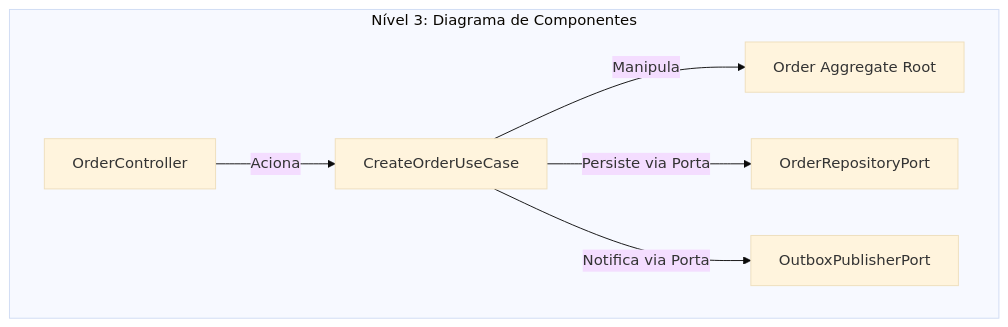
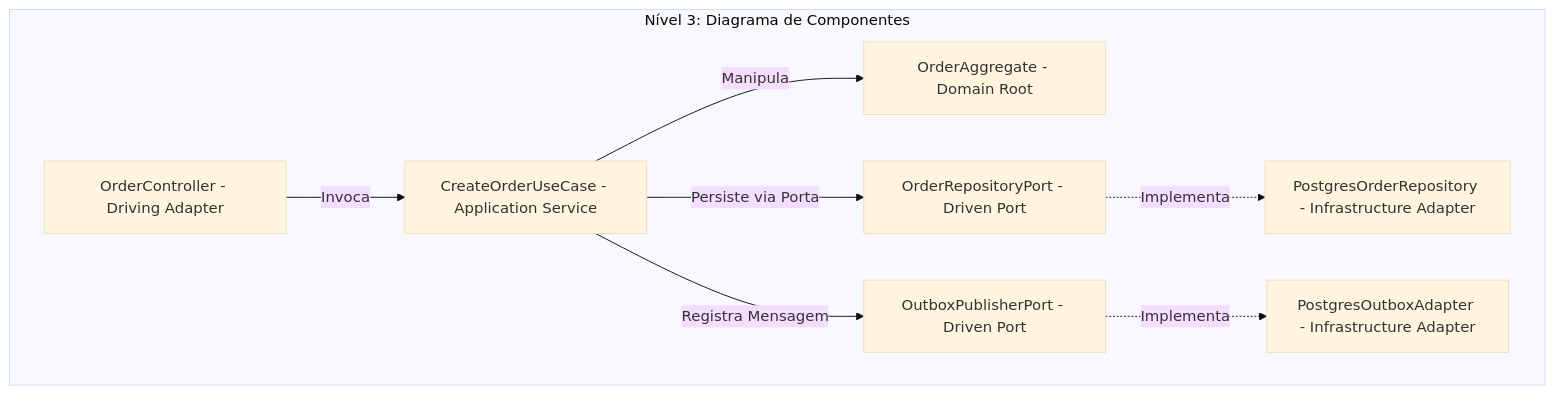
Before and after one commit to andermoreira/arch-lab: the third of 3 diagrams in docs/reference/00-architect-role-and-c4-model.md, drawn with Mermaid (base theme). The commit also changed other lines of this file and 17 other files, not shown here.

````diff
--- a/docs/reference/00-architect-role-and-c4-model.md
+++ b/docs/reference/00-architect-role-and-c4-model.md
@@ -34,9 +36,11 @@
 ```mermaid
 graph TD
     subgraph Level_3 [Nível 3: Diagrama de Componentes]
-        CTRL[OrderController] -->|Aciona| UC[CreateOrderUseCase]
-        UC -->|Manipula| DOM[Order Aggregate Root]
-        UC -->|Persiste via Porta| REPO[OrderRepositoryPort]
-        UC -->|Notifica via Porta| OUTBOX[OutboxPublisherPort]
+        Ctrl[OrderController - Driving Adapter] -->|Invoca| UC[CreateOrderUseCase - Application Service]
+        UC -->|Manipula| Agg[OrderAggregate - Domain Root]
+        UC -->|Persiste via Porta| RepoPort[OrderRepositoryPort - Driven Port]
+        UC -->|Registra Mensagem| OutboxPort[OutboxPublisherPort - Driven Port]
+        RepoPort -.->|Implementa| PgAdapter[PostgresOrderRepository - Infrastructure Adapter]
+        OutboxPort -.->|Implementa| PgOutbox[PostgresOutboxAdapter - Infrastructure Adapter]
     end
 ```
````
